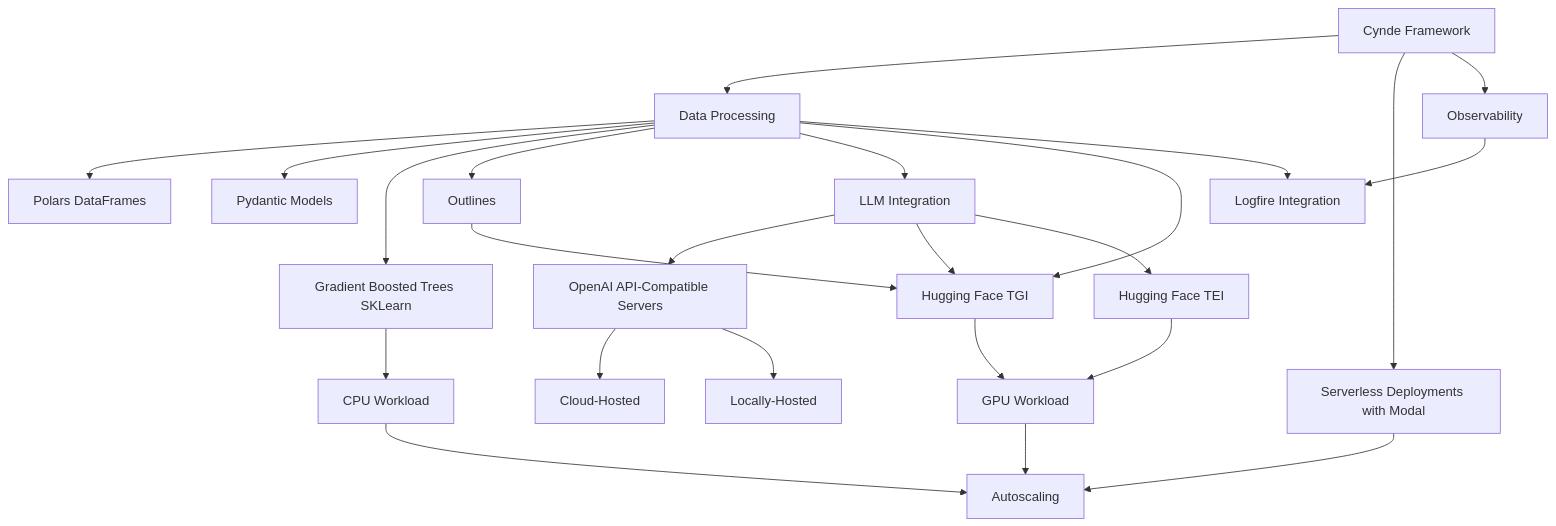
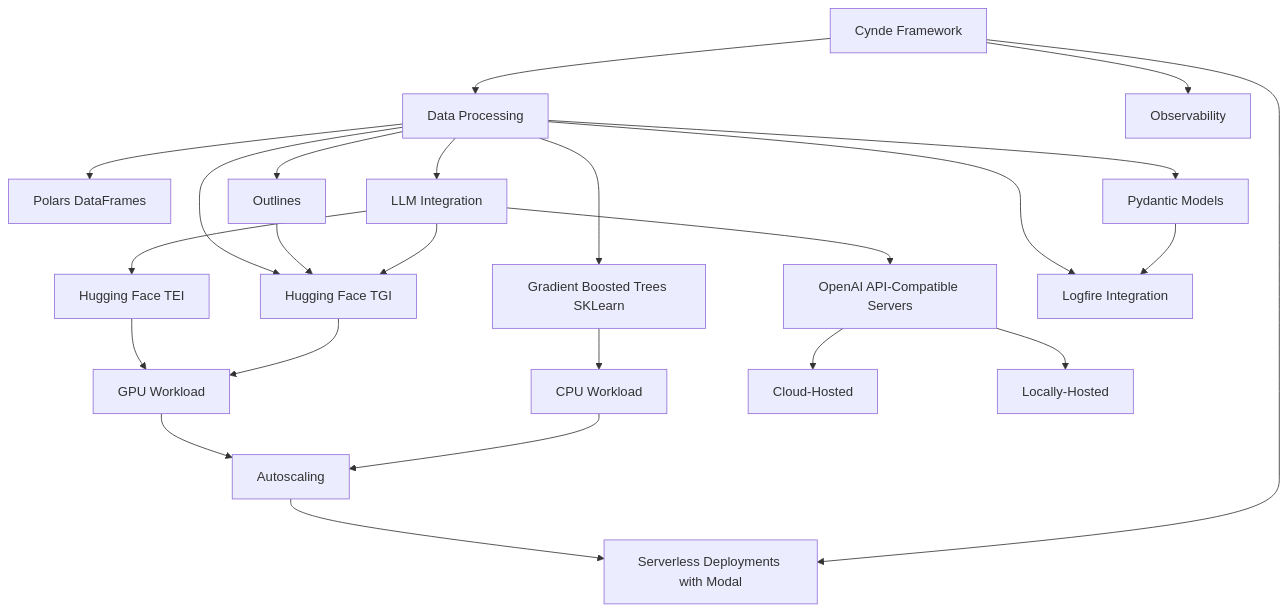
The diagram in drawings.md (Neural-Dragon-AI/Cynde), drawn with Mermaid before and after one commit.

````diff
--- a/drawings.md
+++ b/drawings.md
@@ -3,30 +3,30 @@
 ```mermaid
 graph TD
     A[Cynde Framework] --> B[Data Processing]
     B --> C[Polars DataFrames]
     B --> D[Pydantic Models]
     B --> E[Gradient Boosted Trees SKLearn]
     B --> Ot[Outlines]
     A --> P[Serverless Deployments with Modal]
 
-    P --> F[Autoscaling]
+    F[Autoscaling] --> P
     G[CPU Workload] --> F
     E --> G
-   M[GPU Workload] --> F
+    M[GPU Workload] --> F
 
     B --> H[LLM Integration]
     H --> I[OpenAI API-Compatible Servers]
     I --> J[Cloud-Hosted]
     I --> K[Locally-Hosted]
     H --> N[Hugging Face TGI]
     Ot --> N
     B --> N
     H --> O[Hugging Face TEI]
     N --> M
     O --> M
 
 
     A --> Y[Observability]
-    Y --> Z[Logfire Integration]
+    D --> Z[Logfire Integration]
     B --> Z
 ```
````
